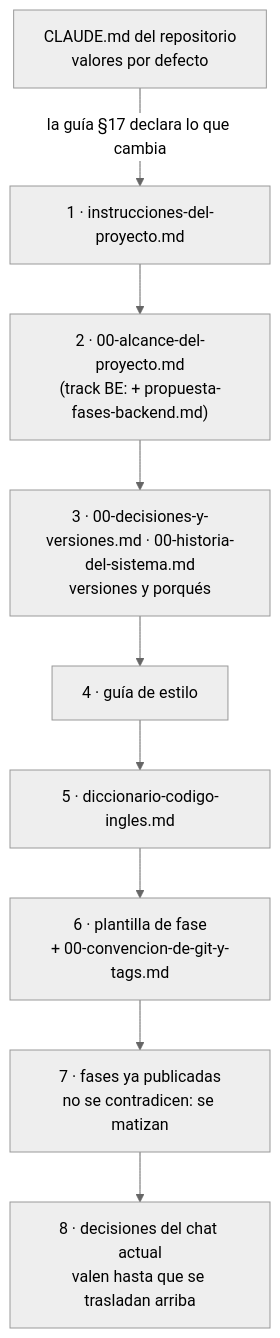
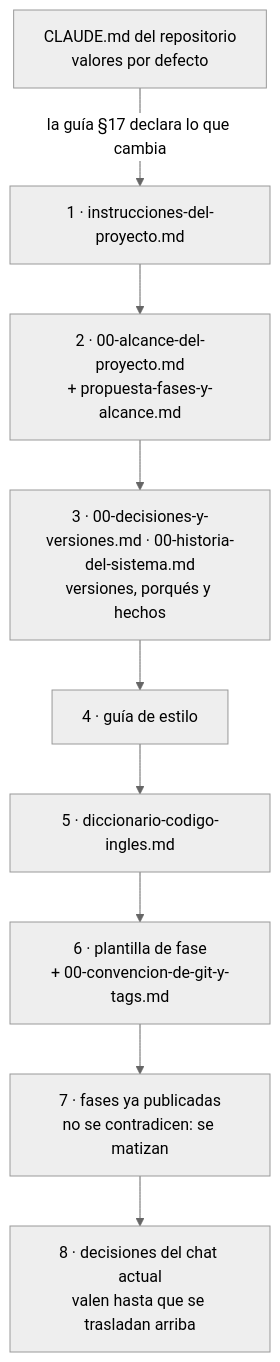
Before and after one commit to oskar-raul-dev/courses-ai-generated: the diagram in cursos-legacy/react-16-legacy-for-backend-devs/prompts/README.md, drawn with Mermaid (neutral theme). The commit also changed other lines of this file and 82 other files, not shown here.

````diff
--- a/cursos-legacy/react-16-legacy-for-backend-devs/prompts/README.md
+++ b/cursos-legacy/react-16-legacy-for-backend-devs/prompts/README.md
@@ -39,11 +36,11 @@
 ```mermaid
 flowchart TD
     CL["CLAUDE.md del repositorio<br/>valores por defecto"] -- "la guía §17 declara lo que cambia" --> IN
-    IN["1 · instrucciones-del-proyecto.md"] --> AL["2 · 00-alcance-del-proyecto.md<br/>(track BE: + propuesta-fases-backend.md)"]
-    AL --> DV["3 · 00-decisiones-y-versiones.md · 00-historia-del-sistema.md<br/>versiones y porqués"]
+    IN["1 · instrucciones-del-proyecto.md"] --> AL["2 · 00-alcance-del-proyecto.md<br/>+ propuesta-fases-y-alcance.md"]
+    AL --> DV["3 · 00-decisiones-y-versiones.md · 00-historia-del-sistema.md<br/>versiones, porqués y hechos"]
     DV --> GU["4 · guía de estilo"]
     GU --> DI["5 · diccionario-codigo-ingles.md"]
     DI --> PL["6 · plantilla de fase<br/>+ 00-convencion-de-git-y-tags.md"]
     PL --> PU["7 · fases ya publicadas<br/>no se contradicen: se matizan"]
     PU --> CH["8 · decisiones del chat actual<br/>valen hasta que se trasladan arriba"]
 ```
````
